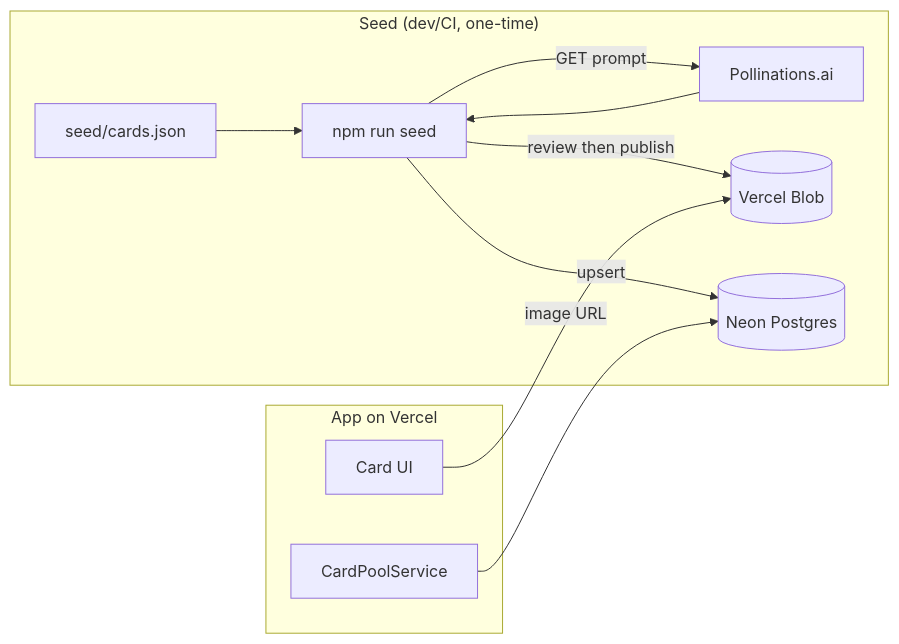
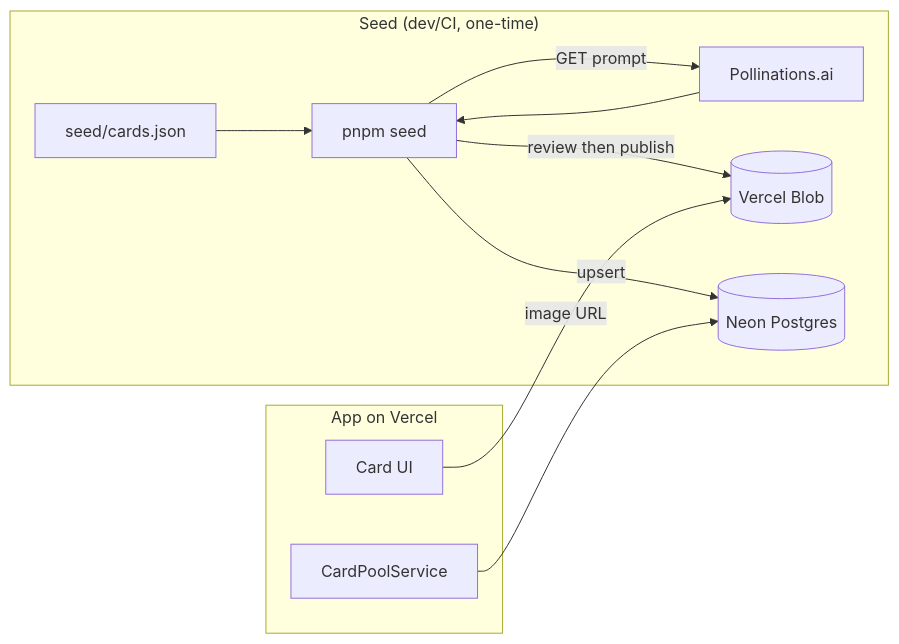
Before and after one commit to nywleswoey/kids-collection: the diagram in aidlc-docs/construction/U3-pool-seeding/infrastructure-design/deployment-architecture.md, drawn with Mermaid. The commit also changed other lines of this file and 7 other files, not shown here.

First line of the commit message:
docs: switch commands from npm to pnpm

````diff
--- a/aidlc-docs/construction/U3-pool-seeding/infrastructure-design/deployment-architecture.md
+++ b/aidlc-docs/construction/U3-pool-seeding/infrastructure-design/deployment-architecture.md
@@ -5,14 +5,14 @@
 ```mermaid
 flowchart LR
     subgraph Offline["Seed (dev/CI, one-time)"]
-        JSON["seed/cards.json"] --> Script["npm run seed"]
+        JSON["seed/cards.json"] --> Script["pnpm seed"]
         Script -->|GET prompt| Poll["Pollinations.ai"]
         Poll --> Script
         Script -->|review then publish| Blob[("Vercel Blob")]
         Script -->|upsert| Neon[("Neon Postgres")]
     end
     subgraph Runtime["App on Vercel"]
         Reader["CardPoolService"] --> Neon
         UI["Card UI"] -->|image URL| Blob
     end
 ```
````
